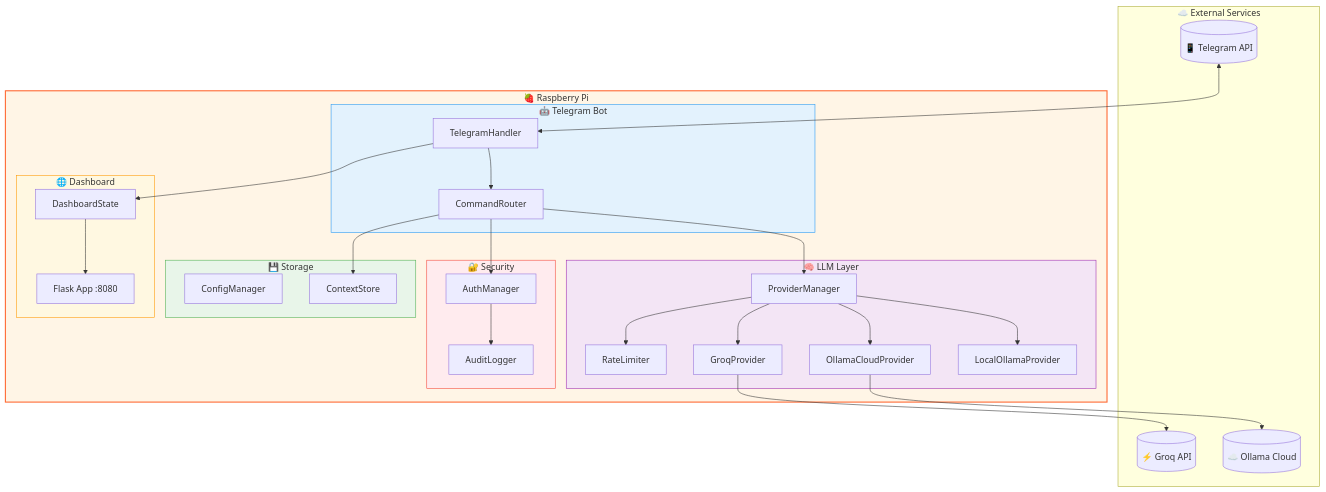
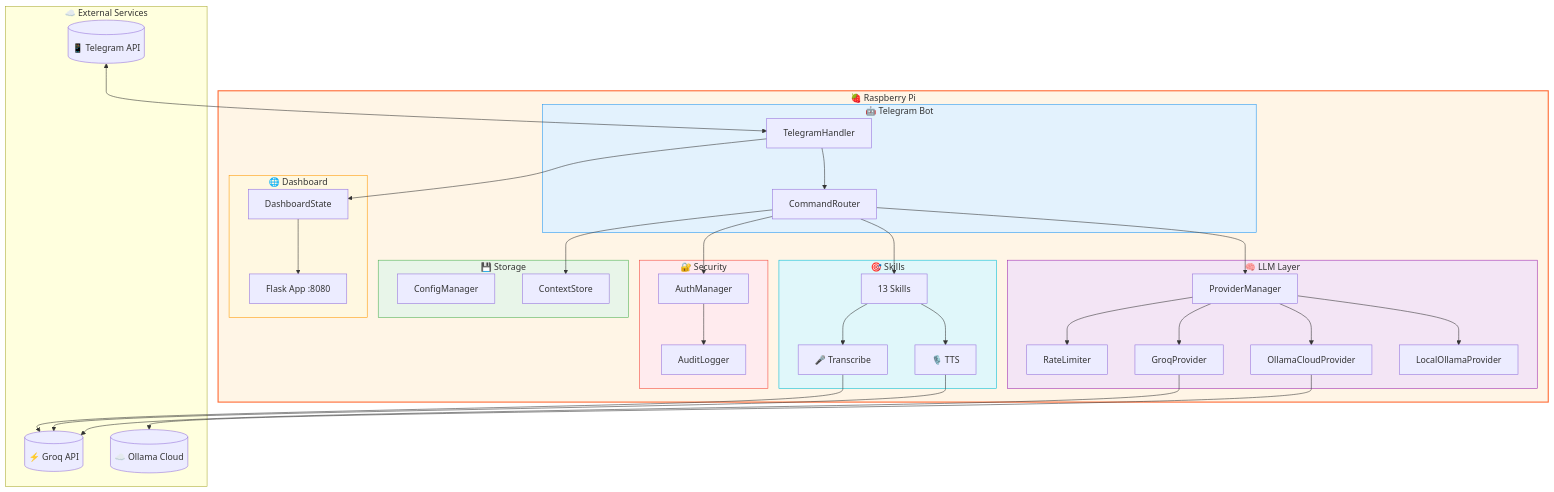
One commit to sharvinzlife/OpenClaw-On-Pi changed the diagram in README.md. Above: the diagram before and after it, drawn with Mermaid. The commit also changed other lines of this file and 14 other files, not shown here.

First line of the commit message:
feat: v0.3.1 — TTS + Transcription skills, flexible provider setup

````diff
--- a/README.md
+++ b/README.md
@@ -160,60 +166,72 @@
 ```mermaid
 flowchart TB
     subgraph External["☁️ External Services"]
         TG[("📱 Telegram API")]
         GROQ[("⚡ Groq API")]
         OLLAMA_CLOUD[("☁️ Ollama Cloud")]
     end
 
     subgraph Pi["🍓 Raspberry Pi"]
         subgraph Bot["🤖 Telegram Bot"]
             TH["TelegramHandler"]
             CR["CommandRouter"]
         end
 
         subgraph LLM["🧠 LLM Layer"]
             PM["ProviderManager"]
             RL["RateLimiter"]
             GP["GroqProvider"]
             OCP["OllamaCloudProvider"]
             OLP["LocalOllamaProvider"]
         end
 
+        subgraph Skills["🎯 Skills"]
+            SK["13 Skills"]
+            TTS["🎙️ TTS"]
+            STT["🎤 Transcribe"]
+        end
+
         subgraph Security["🔐 Security"]
             AM["AuthManager"]
             AL["AuditLogger"]
         end
 
         subgraph Storage["💾 Storage"]
             CM["ConfigManager"]
             CS["ContextStore"]
         end
 
         subgraph Web["🌐 Dashboard"]
             DASH["Flask App :8080"]
             DS["DashboardState"]
         end
     end
 
     TG <--> TH
     TH --> CR
     CR --> PM
     CR --> AM
+    CR --> SK
     PM --> RL
     PM --> GP
     PM --> OCP
     PM --> OLP
     GP --> GROQ
     OCP --> OLLAMA_CLOUD
+    SK --> TTS
+    SK --> STT
+    TTS --> GROQ
+    STT --> GROQ
     AM --> AL
     CR --> CS
     TH --> DS
     DS --> DASH
 
     style Pi fill:#FFF5E6,stroke:#FF6B35,stroke-width:2px
     style Bot fill:#E3F2FD,stroke:#2196F3,stroke-width:1px
     style LLM fill:#F3E5F5,stroke:#9C27B0,stroke-width:1px
+    style Skills fill:#E0F7FA,stroke:#00BCD4,stroke-width:1px
     style Security fill:#FFEBEE,stroke:#F44336,stroke-width:1px
     style Storage fill:#E8F5E9,stroke:#4CAF50,stroke-width:1px
     style Web fill:#FFF8E1,stroke:#FF9800,stroke-width:1px
 ```
````
